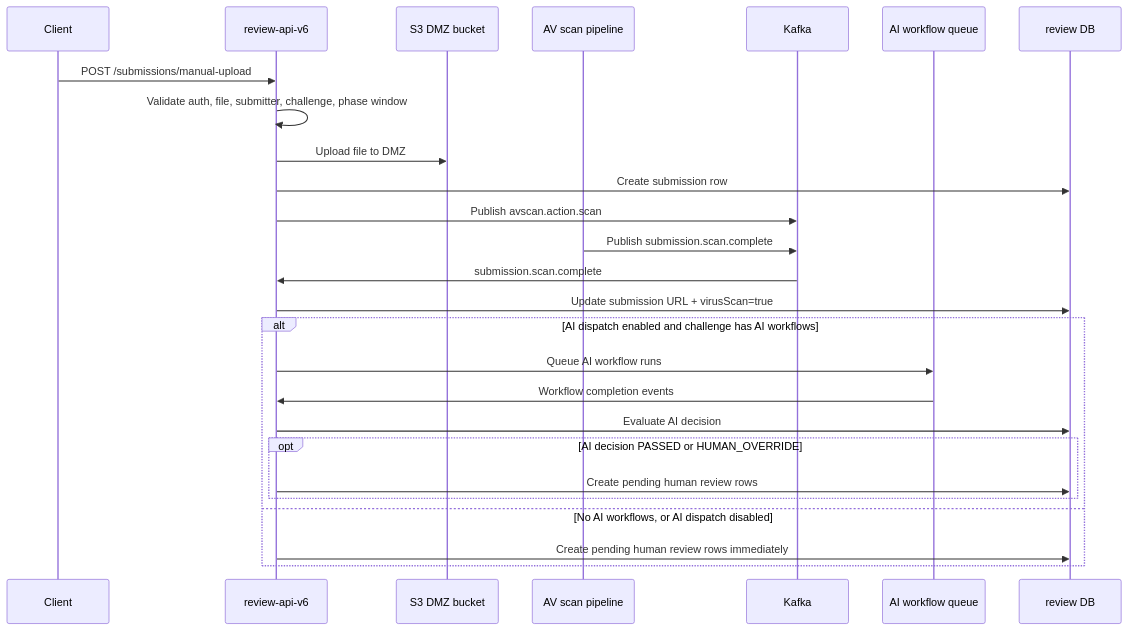
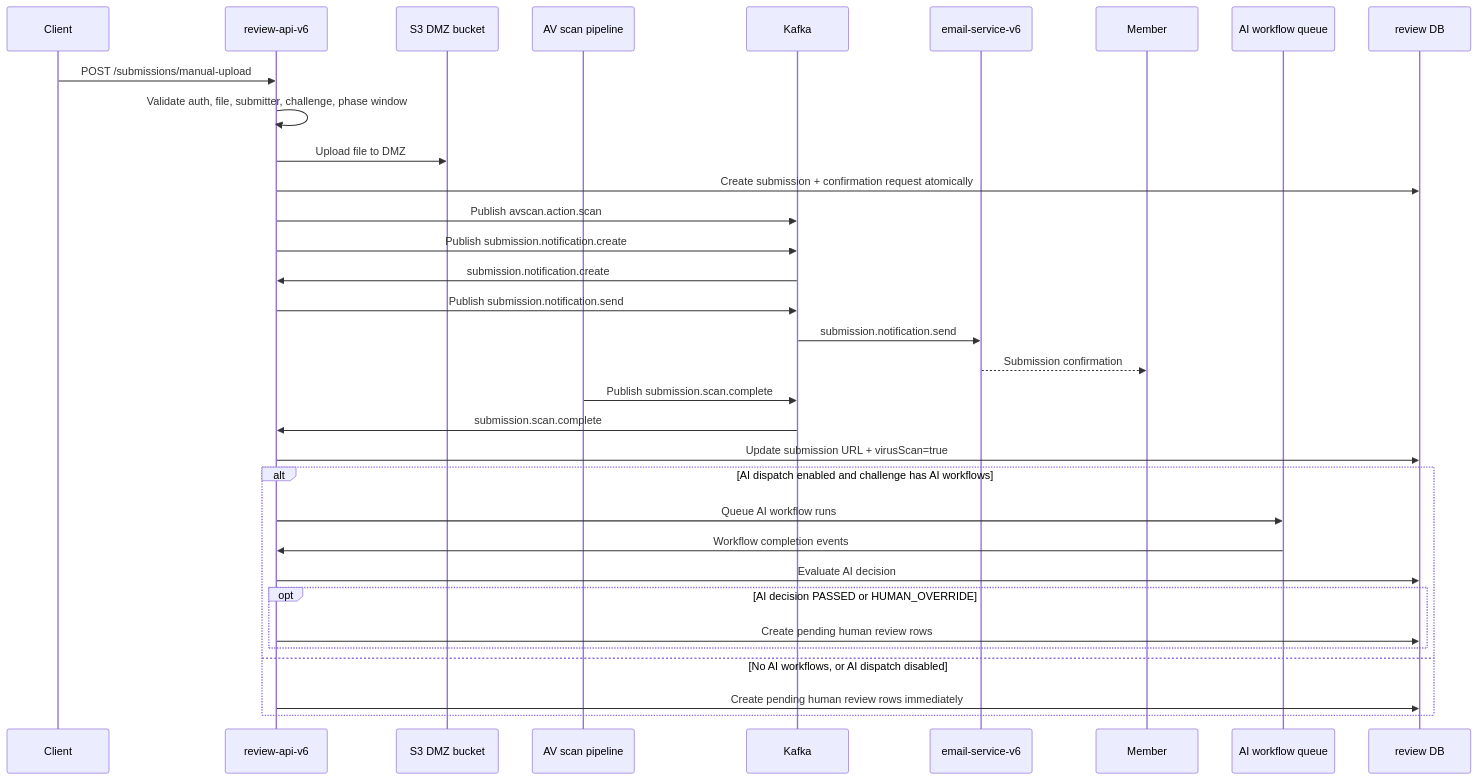
Before and after one commit to topcoder-platform/review-api-v6: the diagram in docs/MANUAL_UPLOAD_FLOW.md, drawn with Mermaid. The commit also changed other lines of this file and 17 other files, not shown here.

Commit message:
Submission confirmation email fixes

````diff
--- a/docs/MANUAL_UPLOAD_FLOW.md
+++ b/docs/MANUAL_UPLOAD_FLOW.md
@@ -36,29 +36,36 @@
 ```mermaid
 sequenceDiagram
     participant Client
     participant ReviewAPI as review-api-v6
     participant S3DMZ as S3 DMZ bucket
     participant AV as AV scan pipeline
     participant Kafka as Kafka
+    participant Email as email-service-v6
+    participant Member
     participant AI as AI workflow queue
     participant ReviewDB as review DB
 
     Client->>ReviewAPI: POST /submissions/manual-upload
     ReviewAPI->>ReviewAPI: Validate auth, file, submitter, challenge, phase window
     ReviewAPI->>S3DMZ: Upload file to DMZ
-    ReviewAPI->>ReviewDB: Create submission row
+    ReviewAPI->>ReviewDB: Create submission + confirmation request atomically
     ReviewAPI->>Kafka: Publish avscan.action.scan
+    ReviewAPI->>Kafka: Publish submission.notification.create
+    Kafka->>ReviewAPI: submission.notification.create
+    ReviewAPI->>Kafka: Publish submission.notification.send
+    Kafka->>Email: submission.notification.send
+    Email-->>Member: Submission confirmation
     AV->>Kafka: Publish submission.scan.complete
     Kafka->>ReviewAPI: submission.scan.complete
     ReviewAPI->>ReviewDB: Update submission URL + virusScan=true
     alt AI dispatch enabled and challenge has AI workflows
         ReviewAPI->>AI: Queue AI workflow runs
         AI->>ReviewAPI: Workflow completion events
         ReviewAPI->>ReviewDB: Evaluate AI decision
         opt AI decision PASSED or HUMAN_OVERRIDE
             ReviewAPI->>ReviewDB: Create pending human review rows
         end
     else No AI workflows, or AI dispatch disabled
         ReviewAPI->>ReviewDB: Create pending human review rows immediately
     end
 ```
````
